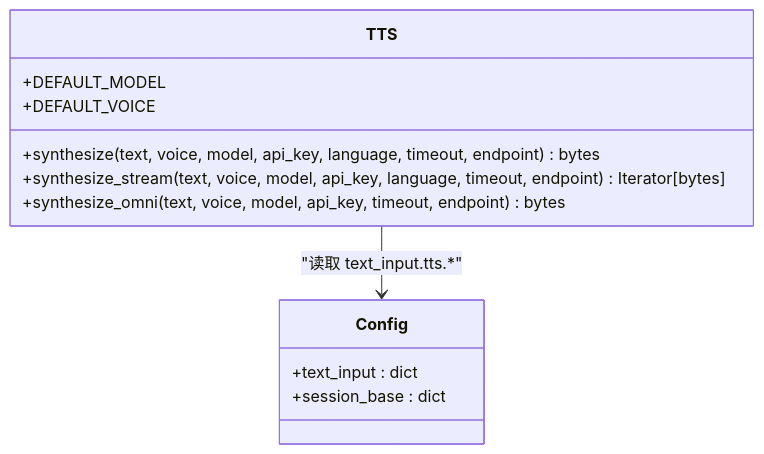
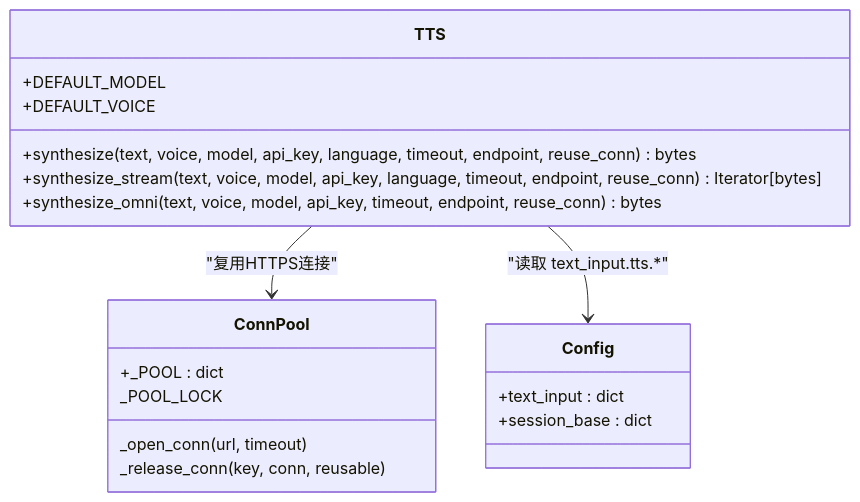
The fourth of 9 diagrams in .qoder/repowiki/zh/content/文本输入与语音合成.md (EMeowAGENT/vrchat-livetranslate), drawn with Mermaid before and after one commit. The commit also changed other lines of this file and 75 other files, not shown here.

````diff
--- a/.qoder/repowiki/zh/content/文本输入与语音合成.md
+++ b/.qoder/repowiki/zh/content/文本输入与语音合成.md
@@ -157,15 +177,22 @@
 ```mermaid
 classDiagram
 class TTS {
 +DEFAULT_MODEL
 +DEFAULT_VOICE
-+synthesize(text, voice, model, api_key, language, timeout, endpoint) bytes
-+synthesize_stream(text, voice, model, api_key, language, timeout, endpoint) Iterator[bytes]
-+synthesize_omni(text, voice, model, api_key, timeout, endpoint) bytes
++synthesize(text, voice, model, api_key, language, timeout, endpoint, reuse_conn) bytes
++synthesize_stream(text, voice, model, api_key, language, timeout, endpoint, reuse_conn) Iterator[bytes]
++synthesize_omni(text, voice, model, api_key, timeout, endpoint, reuse_conn) bytes
+}
+class ConnPool {
++_POOL : dict
+_POOL_LOCK
+_open_conn(url, timeout)
+_release_conn(key, conn, reusable)
 }
 class Config {
 +text_input : dict
 +session_base : dict
 }
+TTS --> ConnPool : "复用HTTPS连接"
 TTS --> Config : "读取 text_input.tts.*"
 ```
````
